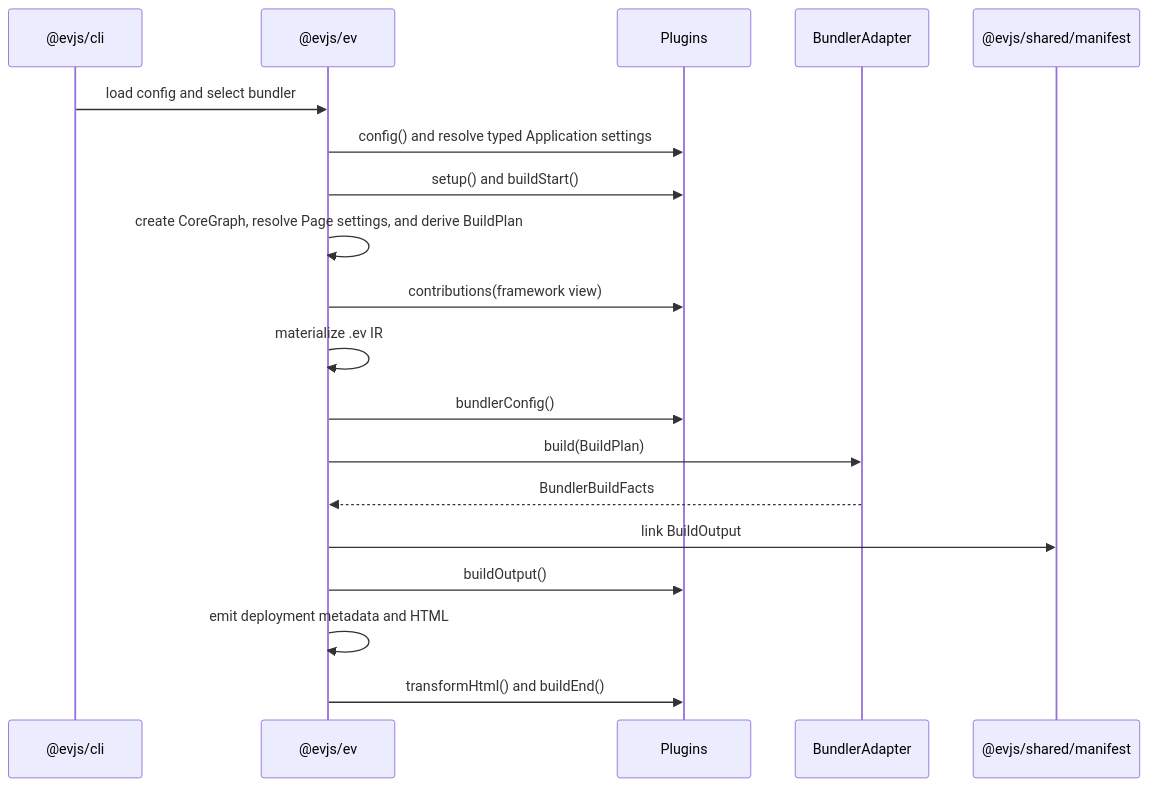
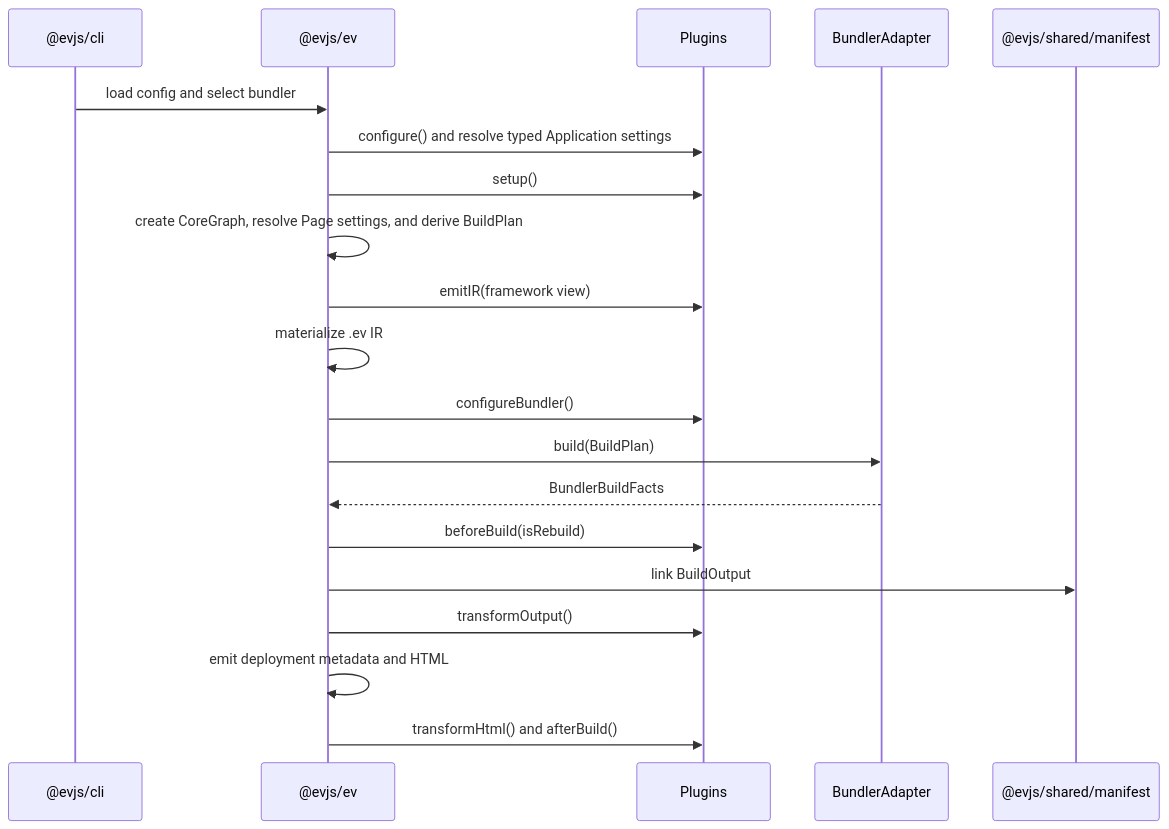
Before and after one commit to afx-team/evjs: the diagram in ARCHITECTURE.md, drawn with Mermaid. The commit also changed other lines of this file and 117 other files, not shown here.

````diff
--- a/ARCHITECTURE.md
+++ b/ARCHITECTURE.md
@@ -89,22 +91,23 @@
 ```mermaid
 sequenceDiagram
   participant CLI as @evjs/cli
   participant EV as @evjs/ev
   participant Plugin as Plugins
   participant Bundler as BundlerAdapter
   participant Shared as @evjs/shared/manifest
 
   CLI->>EV: load config and select bundler
-  EV->>Plugin: config() and resolve typed Application settings
-  EV->>Plugin: setup() and buildStart()
+  EV->>Plugin: configure() and resolve typed Application settings
+  EV->>Plugin: setup()
   EV->>EV: create CoreGraph, resolve Page settings, and derive BuildPlan
-  EV->>Plugin: contributions(framework view)
+  EV->>Plugin: emitIR(framework view)
   EV->>EV: materialize .ev IR
-  EV->>Plugin: bundlerConfig()
+  EV->>Plugin: configureBundler()
   EV->>Bundler: build(BuildPlan)
   Bundler-->>EV: BundlerBuildFacts
+  EV->>Plugin: beforeBuild(isRebuild)
   EV->>Shared: link BuildOutput
-  EV->>Plugin: buildOutput()
+  EV->>Plugin: transformOutput()
   EV->>EV: emit deployment metadata and HTML
-  EV->>Plugin: transformHtml() and buildEnd()
+  EV->>Plugin: transformHtml() and afterBuild()
 ```
````
